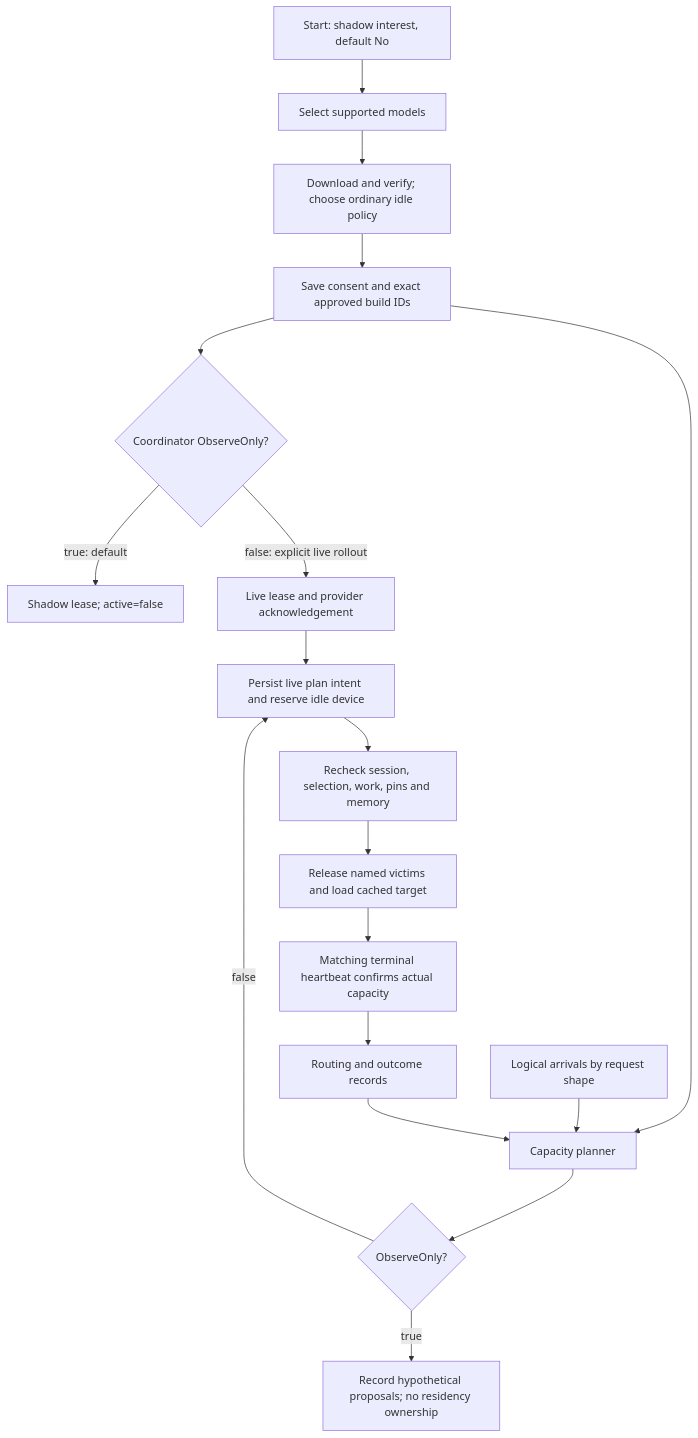
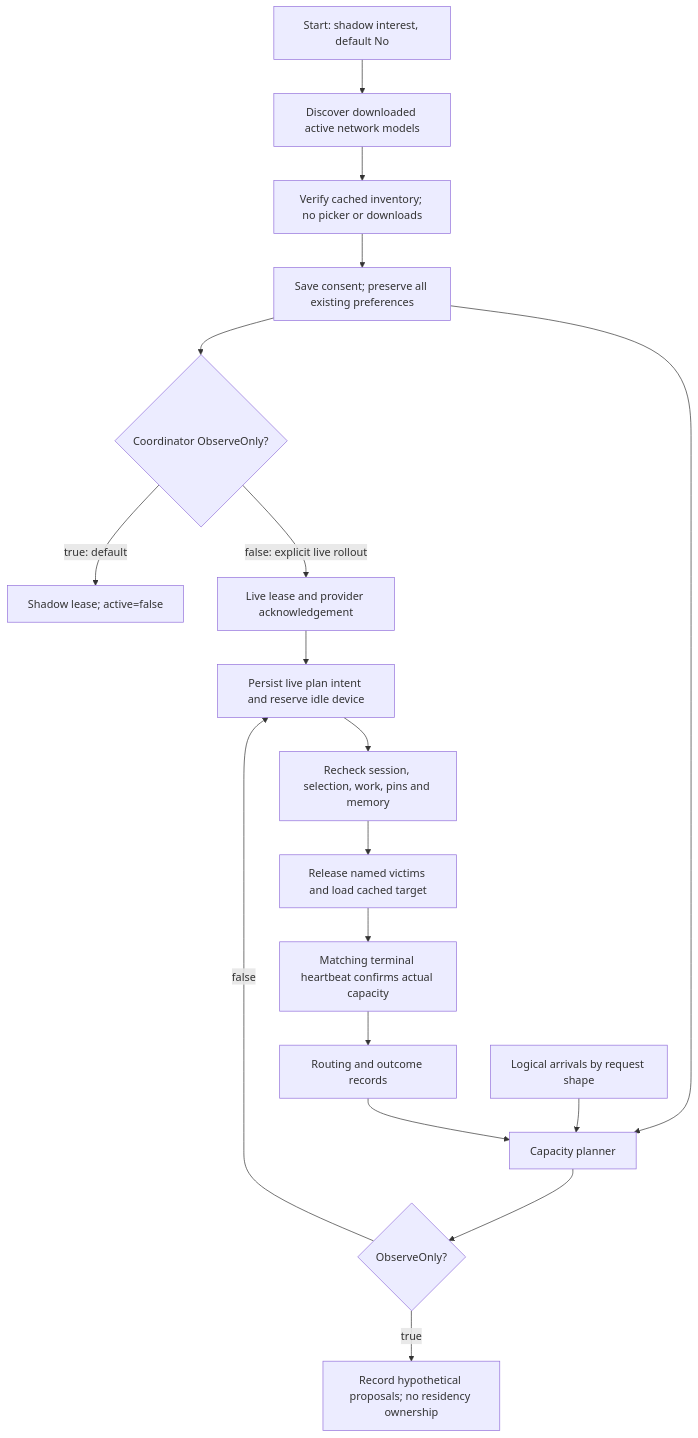
Before and after one commit to Layr-Labs/d-inference: the diagram in docs/architecture/model-autopilot.md, drawn with Mermaid. The commit also changed other lines of this file and 20 other files, not shown here.

Commit message:
Enroll cached network inventory without changing provider preferences

````diff
--- a/docs/architecture/model-autopilot.md
+++ b/docs/architecture/model-autopilot.md
@@ -19,20 +20,20 @@
 ```mermaid
 flowchart TD
-  A["Start: shadow interest, default No"] --> B["Select supported models"]
-  B --> C["Download and verify; choose ordinary idle policy"]
-  C --> D["Save consent and exact approved build IDs"]
+  A["Start: shadow interest, default No"] --> B["Discover downloaded active network models"]
+  B --> C["Verify cached inventory; no picker or downloads"]
+  C --> D["Save consent; preserve all existing preferences"]
   D --> E{"Coordinator ObserveOnly?"}
   D --> G["Capacity planner"]
   F["Logical arrivals by request shape"] --> G["Capacity planner"]
   E -->|"true: default"| S["Shadow lease; active=false"]
   E -->|"false: explicit live rollout"| V["Live lease and provider acknowledgement"]
   V --> H
   G --> R{"ObserveOnly?"}
   R -->|"true"| P["Record hypothetical proposals; no residency ownership"]
   R -->|"false"| H["Persist live plan intent and reserve idle device"]
   H --> I["Recheck session, selection, work, pins and memory"]
   I --> J["Release named victims and load cached target"]
   J --> K["Matching terminal heartbeat confirms actual capacity"]
   K --> L["Routing and outcome records"]
   L --> G
 ```
````
